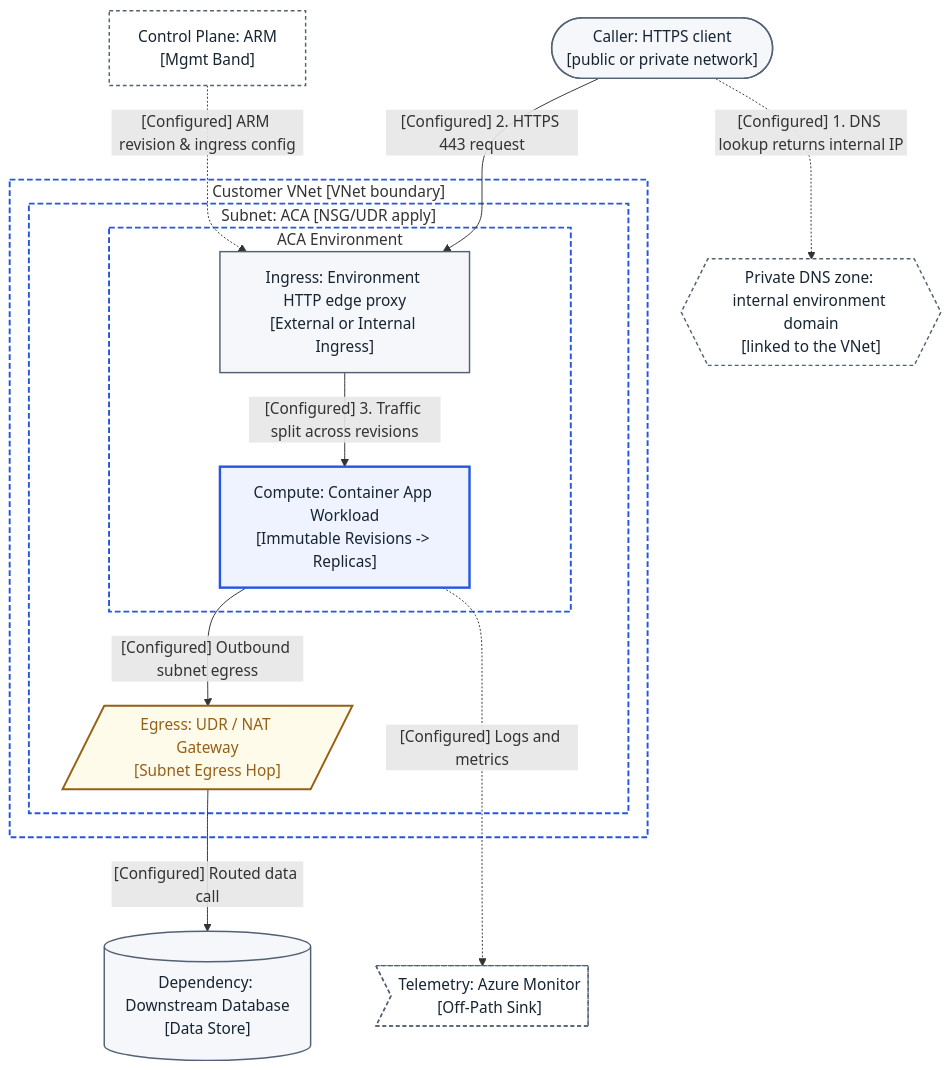
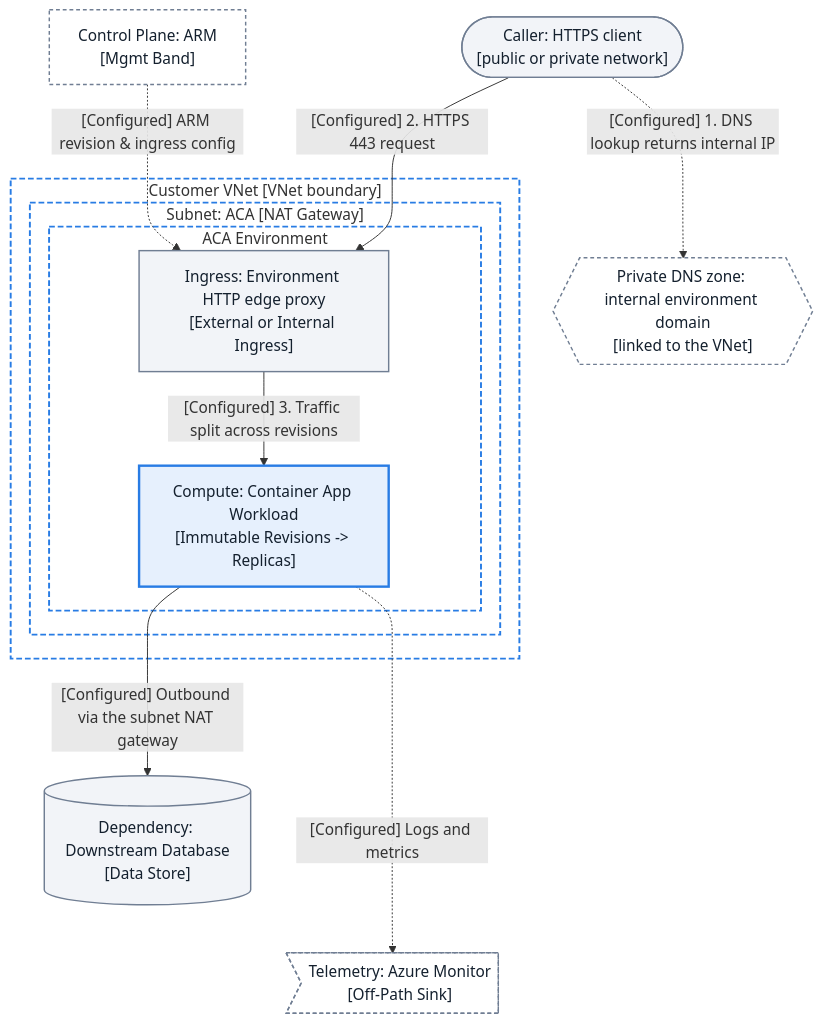
The sixth of 6 diagrams in docs/reference/diagram-topology-grammar.md (yeongseon/azure-app-service-practical-guide), drawn with Mermaid before and after one commit. The commit also changed other lines of this file and 1 other file, not shown here.

First line of the commit message:
docs(diagrams): make the topology grammar self-contained and correct its egress vocabulary

````diff
--- a/docs/reference/diagram-topology-grammar.md
+++ b/docs/reference/diagram-topology-grammar.md
@@ -363,36 +364,32 @@
 ```mermaid
 flowchart TD
     accTitle: Azure Container Apps Topology Adapter Example (Grammar v1)
-    accDescr: Shows a Workload Profiles Container Apps environment deployed inside a customer VNet subnet with an external Private DNS zone, HTTP proxy ingress, traffic splitting across revisions, and UDR/NAT egress.
+    accDescr: Shows a Workload Profiles Container Apps environment deployed inside a customer VNet subnet with an external Private DNS zone, HTTP proxy ingress, traffic splitting across revisions, and outbound traffic through a NAT gateway configured on the subnet.
     control_plane["Control Plane: ARM<br/>[Mgmt Band]"]
     client(["Caller: HTTPS client<br/>[public or private network]"])
     dns_aca{{"Private DNS zone: internal environment domain<br/>[linked to the VNet]"}}
     subgraph vnet_aca["Customer VNet [VNet boundary]"]
-        subgraph subnet_aca["Subnet: ACA [NSG/UDR apply]"]
+        subgraph subnet_aca["Subnet: ACA [NAT Gateway]"]
             subgraph aca_env["ACA Environment"]
                 ingress["Ingress: Environment HTTP edge proxy<br/>[External or Internal Ingress]"]
                 app_runtime["Compute: Container App Workload<br/>[Immutable Revisions -> Replicas]"]
             end
-            nat_firewall[/"Egress: UDR / NAT Gateway<br/>[Subnet Egress Hop]"/]
         end
     end
     storage_db[("Dependency: Downstream Database<br/>[Data Store]")]
     telemetry>"Telemetry: Azure Monitor<br/>[Off-Path Sink]"]
     control_plane -.->|"[Configured] ARM revision & ingress config"| ingress
     client -.->|"[Configured] 1. DNS lookup returns internal IP"| dns_aca
     client -->|"[Configured] 2. HTTPS 443 request"| ingress
     ingress -->|"[Configured] 3. Traffic split across revisions"| app_runtime
-    app_runtime -->|"[Configured] Outbound subnet egress"| nat_firewall
-    nat_firewall -->|"[Configured] Routed data call"| storage_db
+    app_runtime -->|"[Configured] Outbound via the subnet NAT gateway"| storage_db
     app_runtime -..->|"[Configured] Logs and metrics"| telemetry
-    classDef baseNeutral fill:#f5f7fa,stroke:#526174,stroke-width:1.5px,color:#172432;
-    classDef focusActive fill:#eff3ff,stroke:#2456df,stroke-width:2.5px,color:#172432;
-    classDef bandMuted fill:#ffffff,stroke:#526174,stroke-width:1.5px,stroke-dasharray:4 3,color:#172432;
-    classDef stateWarn fill:#fffbeb,stroke:#956016,stroke-width:2px,color:#956016;
-    classDef netBox fill:transparent,stroke:#2456df,stroke-width:2px,stroke-dasharray:6 3;
+    classDef baseNeutral fill:#f2f4f8,stroke:#707e93,stroke-width:1.5px,color:#14202e;
+    classDef focusActive fill:#e6f0fd,stroke:#287ce4,stroke-width:2.5px,color:#14202e;
+    classDef bandMuted fill:#ffffff,stroke:#707e93,stroke-width:1.5px,stroke-dasharray:4 3,color:#14202e;
+    classDef netBox fill:transparent,stroke:#287ce4,stroke-width:2px,stroke-dasharray:6 3;
     class client,ingress,storage_db baseNeutral;
     class app_runtime focusActive;
     class control_plane,telemetry,dns_aca bandMuted;
-    class nat_firewall stateWarn;
     class vnet_aca,subnet_aca,aca_env netBox;
 ```
````
